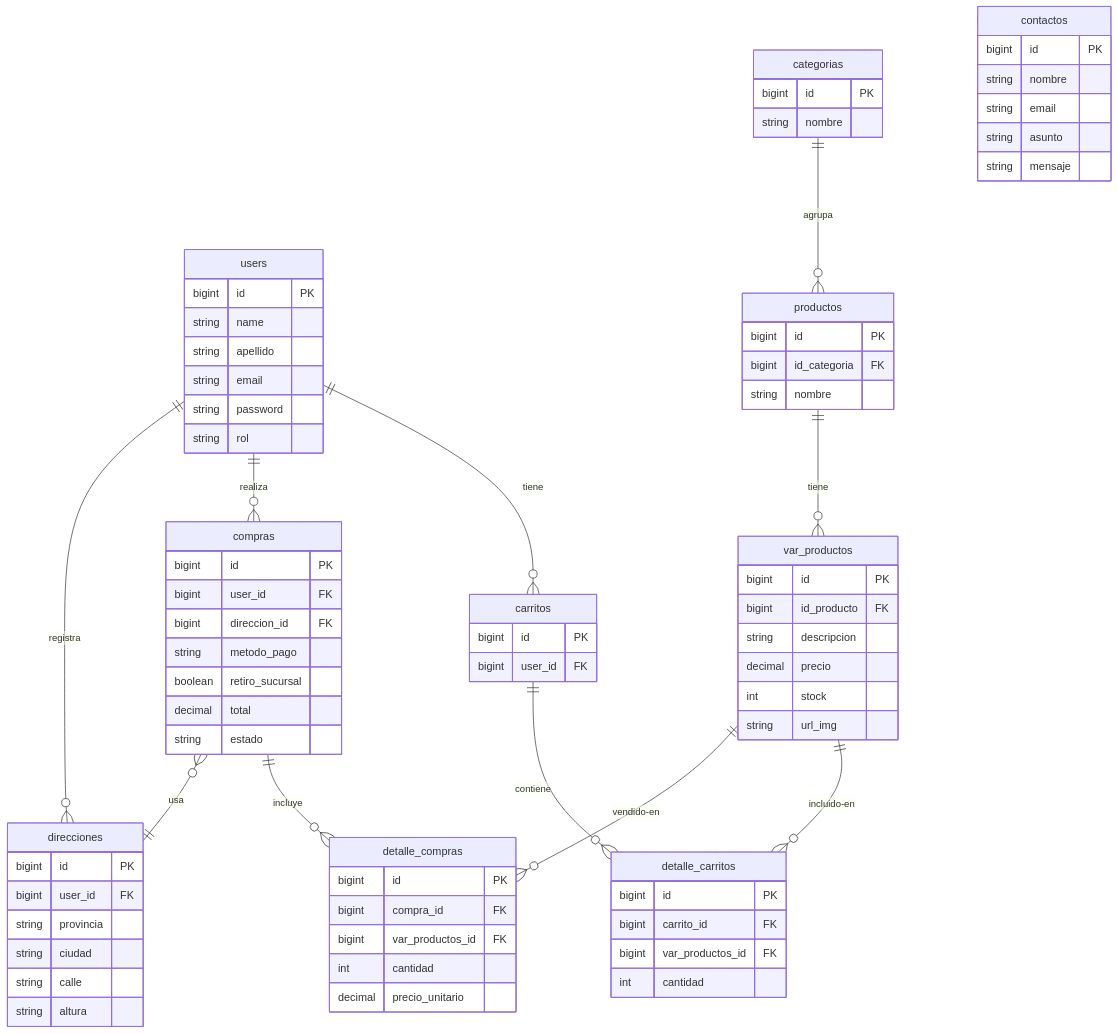
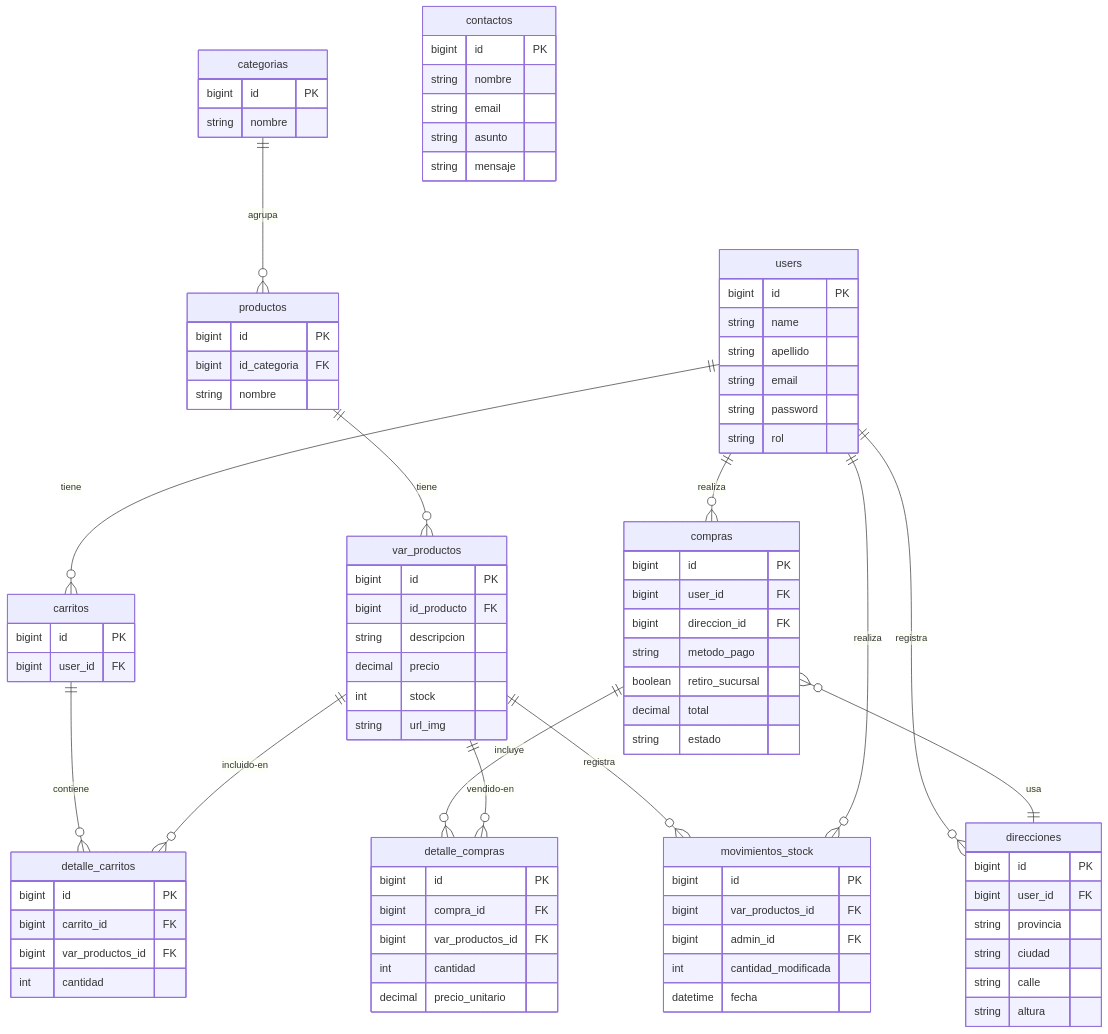
Before and after one commit to BautistaOvB/La-Plomada-Equipo-53: the diagram in der.md, drawn with Mermaid.

Commit message:
add: RN19

````diff
--- a/der.md
+++ b/der.md
@@ -3,5 +3,12 @@
 ```mermaid
 erDiagram
+  movimientos_stock {
+    bigint id PK
+    bigint var_productos_id FK
+    bigint admin_id FK
+    int cantidad_modificada
+    datetime fecha
+  }
   users {
     bigint id PK
     string name
@@ -79,4 +86,6 @@
   compras       ||--o{ detalle_compras  : incluye
   var_productos ||--o{ detalle_compras  : vendido-en
   compras       }o--|| direcciones      : usa
+  var_productos ||--o{ movimientos_stock: registra
+  users         ||--o{ movimientos_stock: realiza
 ```
````
